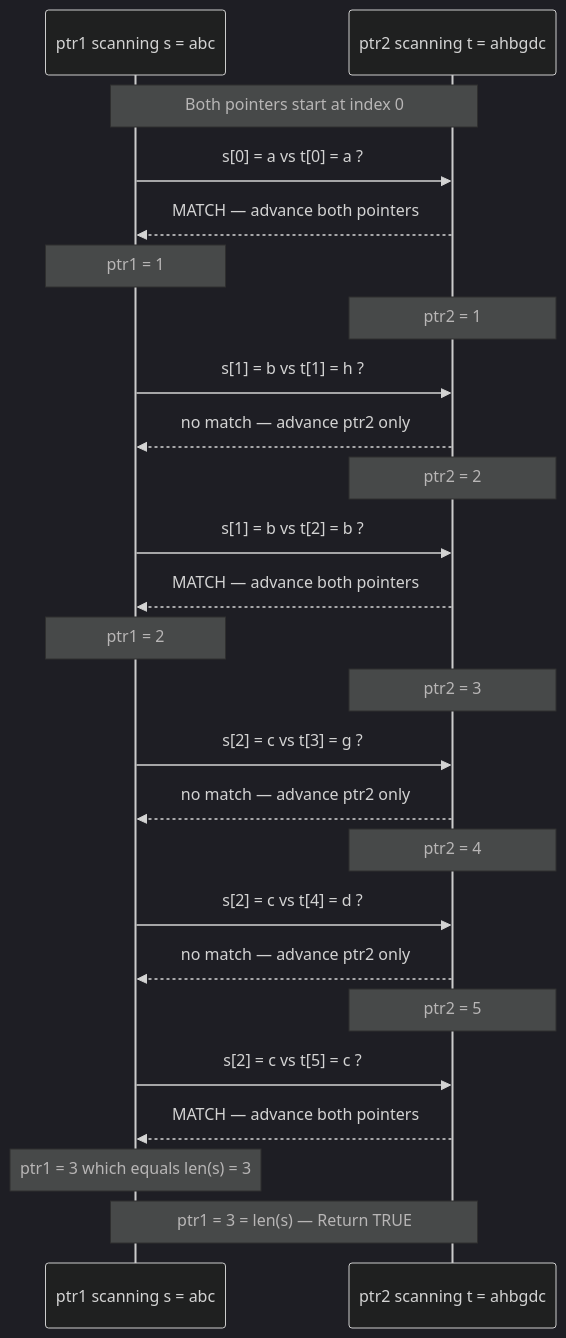
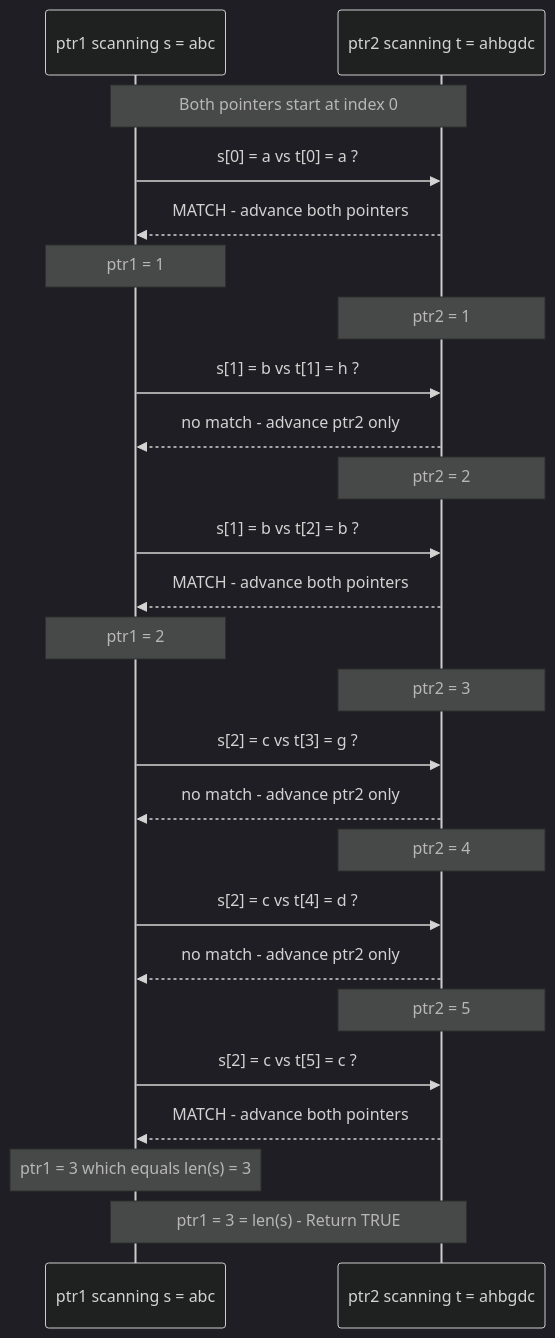
The sixth of 10 diagrams in 06 - Is Subsequence/README.md (M-F-Tushar/LeetCode-Problem-Solving), drawn with Mermaid (dark theme) before and after one commit. The commit also changed other lines of this file and 6 other files, not shown here.

Commit message:
fix diagram rendering

````diff
--- a/06 - Is Subsequence/README.md
+++ b/06 - Is Subsequence/README.md
@@ -316,35 +316,35 @@
 ```mermaid
 sequenceDiagram
     participant S as ptr1 scanning s = abc
     participant T as ptr2 scanning t = ahbgdc
 
     Note over S,T: Both pointers start at index 0
 
     S->>T: s[0] = a  vs  t[0] = a ?
-    T-->>S: MATCH — advance both pointers
+    T-->>S: MATCH  -  advance both pointers
     Note over S: ptr1 = 1
     Note over T: ptr2 = 1
 
     S->>T: s[1] = b  vs  t[1] = h ?
-    T-->>S: no match — advance ptr2 only
+    T-->>S: no match  -  advance ptr2 only
     Note over T: ptr2 = 2
 
     S->>T: s[1] = b  vs  t[2] = b ?
-    T-->>S: MATCH — advance both pointers
+    T-->>S: MATCH  -  advance both pointers
     Note over S: ptr1 = 2
     Note over T: ptr2 = 3
 
     S->>T: s[2] = c  vs  t[3] = g ?
-    T-->>S: no match — advance ptr2 only
+    T-->>S: no match  -  advance ptr2 only
     Note over T: ptr2 = 4
 
     S->>T: s[2] = c  vs  t[4] = d ?
-    T-->>S: no match — advance ptr2 only
+    T-->>S: no match  -  advance ptr2 only
     Note over T: ptr2 = 5
 
     S->>T: s[2] = c  vs  t[5] = c ?
-    T-->>S: MATCH — advance both pointers
+    T-->>S: MATCH  -  advance both pointers
     Note over S: ptr1 = 3  which equals len(s) = 3
 
-    Note over S,T: ptr1 = 3 = len(s) — Return TRUE
+    Note over S,T: ptr1 = 3 = len(s)  -  Return TRUE
 ```
````
